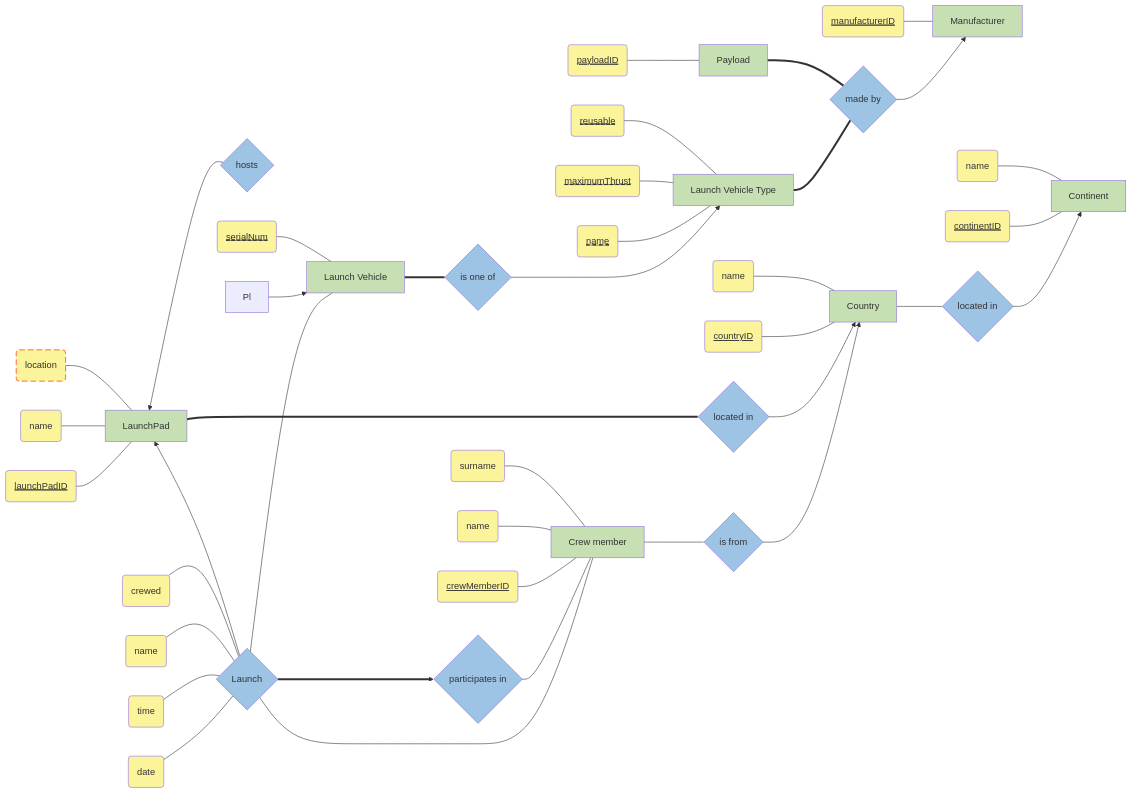
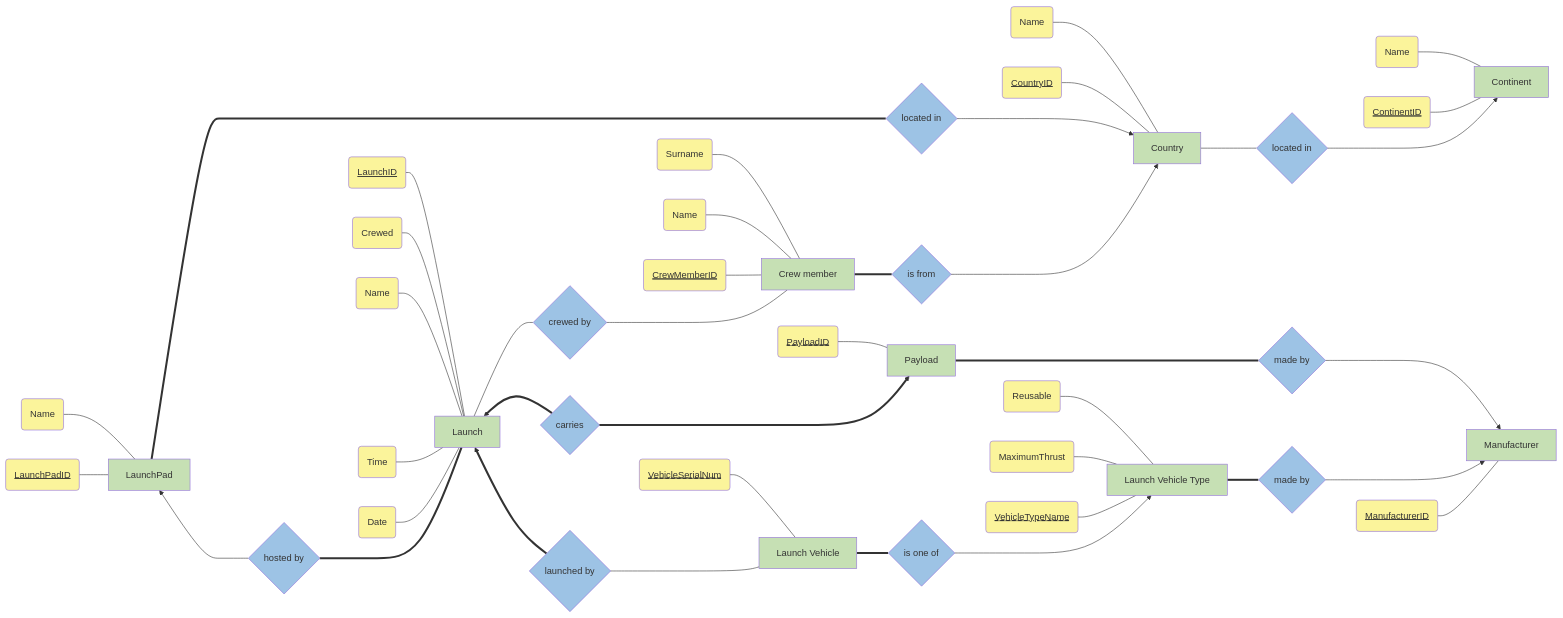
The diagram in src/erd.mmd (andrew-chang-dewitt/cs_425-hw_1_4), drawn with Mermaid before and after one commit. The commit also changed 6 other files, not shown here.

```diff
--- a/src/erd.mmd
+++ b/src/erd.mmd
@@ -1,103 +1,113 @@
 graph LR
     %% ===
     %% LAUNCHPAD
     %% ---
+    %% Rule: Each launchpad has a name and a location.
+    lpid(LaunchPadID):::pk --- LP[LaunchPad]:::entity
+    lpn(Name):::attr --- LP
     %% Rule: A launchpad hosts multiple launches over time, and each launch is hosted by exactly one launchpad. Therefore, Launchpads will be created in the database even before the first launch is hosted there.
-    LP[LaunchPad]:::entity ~~~ H{hosts}:::weakRelation --> LP
+    LP ~~~ H ---> LP
     H ~~~ LP
+    %% trick w/ double invisible links to make backwards arrows work better,
+    %% from: https://github.com/mermaid-js/mermaid/issues/3208#issuecomment-1531104444
     %% Rule: A launchpad is located in a country, and a country, in turn, is located on a continent.
     LP === Lli{located in}:::relation
-    %% Rule: Each launchpad has a name and a location.
-    lpid(launchPadID):::pk --- LP
-    lpn(name):::attr --- LP
-    lplo(location):::derAttr --- LP
 
     %% ===
     %% LAUNCH
     %% ---
-    %% Rule: A launch requires a launchpad that hosts it, a launch vehicle (the rocket), and the payload.
-    LP ~~~ L{Launch}:::relation --> LP
-    L ~~~ LP
-    L ===> Pa
+    %% Rule: A launch requires a launchpad that hosts it ...
+    H{hosted by}:::relation ==== L[Launch]:::entity
+    %% Rule: Multiple crew members can be carried on a crewed launch, and each crew member can be carried on multiple launches over time.
+    L --- CB{crewed by}:::relation
+    %% Rule: A launch requires ... the payload.
+    L ~~~ CP
+    CP{carries}:::relation ==> L
+    CP ~~~ L
+    %% Rule: A launch requires ... a launch vehicle (The rocket) ...
     %% Rule: Each launch is performed by a launch vehicle. The serial number for the launch vehicle should be recorded. A launch vehicle can perform multiple launches over time.
-    L --- LV
+    L ~~~ LB{launched by}:::relation ==> L
+    LB ~~~ L
     %% Rule: For a launch, the date, time and name should be recorded as well as whether it is a crewed launch or not.
-    L --- C
-    ld(date):::attr --- L
-    lt(time):::attr --- L
-    ln(name):::attr --- L
-    lc(crewed):::attr --- L
+    ld(Date):::attr --- L
+    lt(Time):::attr --- L
+    ln(Name):::attr --- L
+    lc(Crewed):::attr --- L
+    lid(LaunchID):::pk --- L
 
     %% ===
     %% LAUNCH VEHICLE
     %% ---
-    Pl --> LV[Launch Vehicle]:::weakEntity
+    %% Rule: Each launch is performed by a launch vehicle. The serial number for the launch vehicle should be recorded. A launch vehicle can perform multiple launches over time.
+    LB ---- LV[Launch Vehicle]:::weakEntity
+    lvsn(VehicleSerialNum):::disc --- LV
+    %% Rule: A launch requires ... a launch vehicle (The rocket) ... .
     LV === Isa{is one of}:::weakRelation
-    lvsn(serialNum):::disc --- LV
 
     %% ===
     %% LAUNCH VEHICLE TYPE
     %% ---
-    %% Rule: A specific manufacturer makes each launch vehicle type, and a manufacturer can make many different launch vehicle types.
-    LVT[Launch Vehicle Type]:::entity === Mb{made by}:::weakRelation
     %% Rule: Each launch vehicle is of a specific launch vehicle type. The name, maximum thrust and whether it is reusable need to be recorded for the launch vehicle type.
-    Isa ---> LVT
-    lvtn(name):::disc --- LVT
-    lvtt(maximumThrust):::disc --- LVT
-    lvtr(reusable):::disc --- LVT
+    Isa ---> LVT[Launch Vehicle Type]:::weakEntity
+    lvtn(VehicleTypeName):::disc --- LVT
+    lvtt(MaximumThrust):::attr --- LVT
+    lvtr(Reusable):::attr --- LVT
 
     %% ===
     %% PAYLOAD
     %% ---
     %% Rule: Each launch carries one payload, and a payload is only carried by one launch.
+    CP ====> P
     %% Rule: A manufacturer also makes each payload, and a manufacturer can make many different payloads over time.
-    P[Payload]:::entity === Mb
-    plid(payloadID):::pk --- P
+    P[Payload]:::weakEntity ===== PMb{made by}:::weakRelation
+    plid(PayloadID):::disc --- P
 
     %% ===
     %% Manufacturer
     %% ---
+    mid(ManufacturerID):::pk --- M[Manufacturer]:::entity
+    %% Rule: A specific manufacturer makes each launch vehicle type, and a manufacturer can make many different launch vehicle types.
+    LVT === LVMb{made by}:::weakRelation
+    LVMb ---> M
     %% Rule: A manufacturer also makes each payload, and a manufacturer can make many different payloads over time.
-    %% Rule: A specific manufacturer makes each launch vehicle type, and a manufacturer can make many different launch vehicle types.
-    Mb --> M[Manufacturer]:::entity
-    mid(manufacturerID):::pk --- M
+    PMb ---> M
 
     %% ===
     %% CREW
     %% ---
     %% Rule: Multiple crew members can be carried on a crewed launch, and each crew member can be carried on multiple launches over time.
     %% Rule: Each crew member has a nationality (the country they come from), and their name and surname also need to be recorded.
     %% Rule: Crew members can appear in the database before they launch for the first time
-    Pa{participates in}:::relation --- C[Crew member]:::entity
-    C --- If{is from}:::relation
-    cid(crewMemberID):::pk --- C
-    cn(name):::attr --- C
-    cs(surname):::attr --- C
+    CB ---- C[Crew member]:::entity
+    C === If{is from}:::relation
+    cid(CrewMemberID):::pk --- C
+    cn(Name):::attr --- C
+    cs(Surname):::attr --- C
 
     %% ===
     %% COUNTRY
     %% ---
     %% Rule: Each crew member has a nationality (the country they come from), and their name and surname also need to be recorded.
-    If --> Cu
+    If ---> Cu
     %% Rule: A launchpad is located in a country, and a country, in turn, is located on a continent.
-    Lli --> Cu
+    Lli ---> Cu
     Cu[Country]:::entity --- Li{located in}:::relation
-    Li --> Co[Continent]:::entity
-    cuid(countryID):::pk --- Cu
-    cun(name):::attr --- Cu
-    coid(continentID):::pk --- Co
-    con(name):::attr --- Co
+    Li ---> Co[Continent]:::entity
+    cuid(CountryID):::pk --- Cu
+    cun(Name):::attr --- Cu
+    coid(ContinentID):::pk --- Co
+    con(Name):::attr --- Co
 
     %% ===
     %% STYLES
     %% ---
     classDef entity,weakEntity fill:#c6e0b4;
     classDef relation,weakRelation fill:#9dc3e5;
-    classDef attr,subAttr,derAttr,pk,disc fill:#fbf49b;
-    classDef subAttr,derAttr stroke:red;
+    classDef attr,subAttr,derAttr,pk,disc,multi fill:#fbf49b;
+    classDef subAttr,derAttr,multi stroke:red;
     classDef derAttr stroke-dasharray: 10 5;
     classDef pk text-decoration: underline;
     classDef disc text-decoration: underline dashed;
     %% optional attr links
     %% FIXME: change numbers to correct links below & uncomment
     %% linkStyle 1,4,26,39,45,51,65 stroke:red, stroke-dasharray: 10 5;
```
